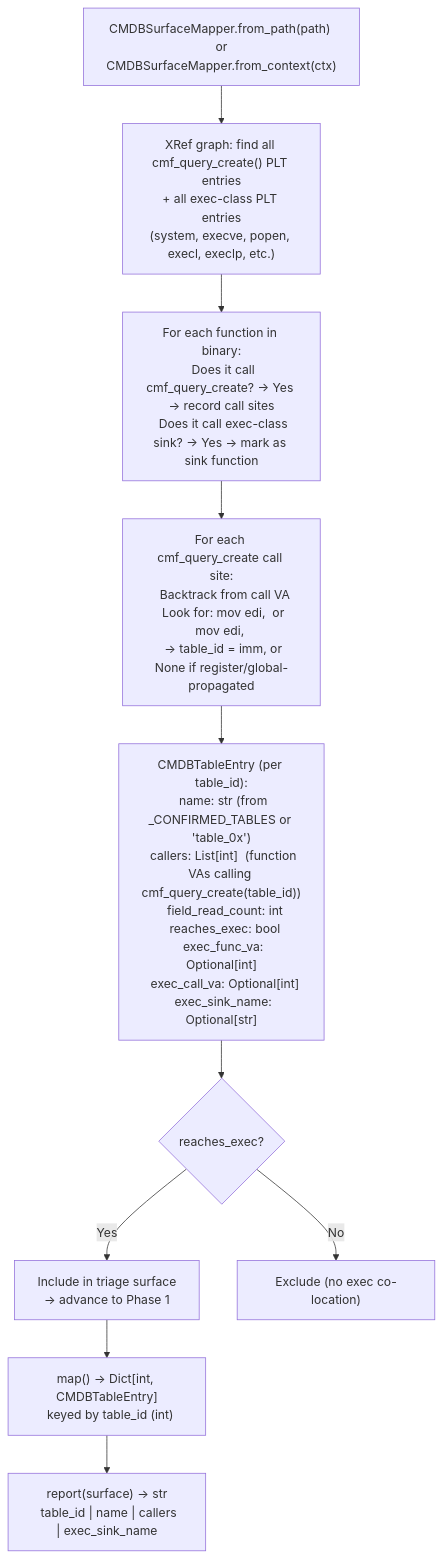
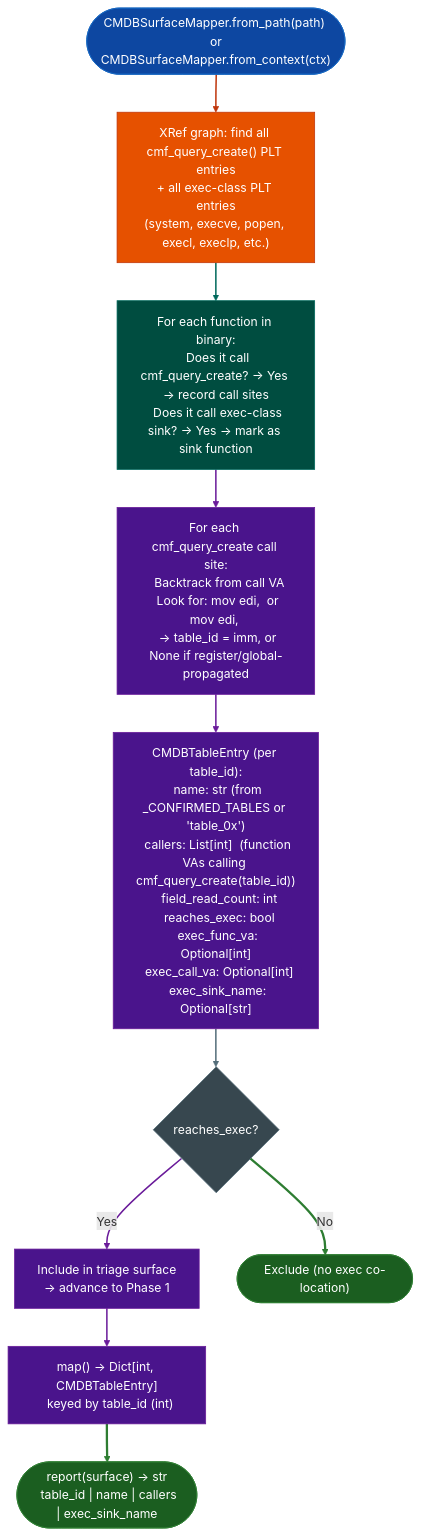
One commit to Ablation-Tool/ablation changed the diagram in docs/reference-modules/cmdb-to-sink-mapping.md. Above: the diagram before and after it, drawn with Mermaid. The commit also changed 320 other files, not shown here.

First line of the commit message:
docs: apply canonical Mermaid template to all 321 diagrams

````diff
--- a/docs/reference-modules/cmdb-to-sink-mapping.md
+++ b/docs/reference-modules/cmdb-to-sink-mapping.md
@@ -19,12 +19,27 @@
 ```mermaid
 flowchart TD
-    A["CMDBSurfaceMapper.from_path(path) or\nCMDBSurfaceMapper.from_context(ctx)"] --> B["XRef graph: find all cmf_query_create() PLT entries\n+ all exec-class PLT entries\n(system, execve, popen, execl, execlp, etc.)"]
-    B --> C["For each function in binary:\n  Does it call cmf_query_create? → Yes → record call sites\n  Does it call exec-class sink? → Yes → mark as sink function"]
-    C --> D["For each cmf_query_create call site:\n  Backtrack from call VA\n  Look for: mov edi, <imm> or mov edi, <const>\n  → table_id = imm, or None if register/global-propagated"]
-    D --> E["CMDBTableEntry (per table_id):\n  name: str (from _CONFIRMED_TABLES or 'table_0x<hex>')\n  callers: List[int]  (function VAs calling cmf_query_create(table_id))\n  field_read_count: int\n  reaches_exec: bool\n  exec_func_va: Optional[int]\n  exec_call_va: Optional[int]\n  exec_sink_name: Optional[str]"]
-    E --> F{"reaches_exec?"}
-    F -->|Yes| G["Include in triage surface\n→ advance to Phase 1"]
-    F -->|No| H["Exclude (no exec co-location)"]
-    G --> I["map() → Dict[int, CMDBTableEntry]\n  keyed by table_id (int)"]
-    I --> J["report(surface) → str\n  table_id | name | callers | exec_sink_name"]
+    A(["CMDBSurfaceMapper.from_path(path) or\nCMDBSurfaceMapper.from_context(ctx)"]):::input --> B["XRef graph: find all cmf_query_create() PLT entries\n+ all exec-class PLT entries\n(system, execve, popen, execl, execlp, etc.)"]:::primary
+    B:::primary --> C["For each function in binary:\n  Does it call cmf_query_create? → Yes → record call sites\n  Does it call exec-class sink? → Yes → mark as sink function"]:::secondary
+    C:::secondary --> D["For each cmf_query_create call site:\n  Backtrack from call VA\n  Look for: mov edi, <imm> or mov edi, <const>\n  → table_id = imm, or None if register/global-propagated"]:::tertiary
+    D:::tertiary --> E["CMDBTableEntry (per table_id):\n  name: str (from _CONFIRMED_TABLES or 'table_0x<hex>')\n  callers: List[int]  (function VAs calling cmf_query_create(table_id))\n  field_read_count: int\n  reaches_exec: bool\n  exec_func_va: Optional[int]\n  exec_call_va: Optional[int]\n  exec_sink_name: Optional[str]"]:::tertiary
+    E:::tertiary --> F{"reaches_exec?"}:::neutral
+    F:::neutral -->|Yes| G["Include in triage surface\n→ advance to Phase 1"]:::tertiary
+    F:::neutral -->|No| H(["Exclude (no exec co-location)"]):::output
+    G:::tertiary --> I["map() → Dict[int, CMDBTableEntry]\n  keyed by table_id (int)"]:::tertiary
+    I:::tertiary --> J(["report(surface) → str\n  table_id | name | callers | exec_sink_name"]):::output
+    classDef input     fill:#0d47a1,stroke:#1565c0,color:#fff
+    classDef primary   fill:#e65100,stroke:#bf360c,color:#fff
+    classDef secondary fill:#004d40,stroke:#00695c,color:#fff
+    classDef tertiary  fill:#4a148c,stroke:#6a1b9a,color:#fff
+    classDef neutral   fill:#37474f,stroke:#546e7a,color:#fff
+    classDef output    fill:#1b5e20,stroke:#2e7d32,color:#fff
+    linkStyle 0 stroke:#bf360c,stroke-width:2px
+    linkStyle 1 stroke:#00695c,stroke-width:2px
+    linkStyle 2 stroke:#6a1b9a,stroke-width:2px
+    linkStyle 3 stroke:#6a1b9a,stroke-width:2px
+    linkStyle 4 stroke:#546e7a,stroke-width:2px
+    linkStyle 5 stroke:#6a1b9a,stroke-width:2px
+    linkStyle 6 stroke:#2e7d32,stroke-width:3px
+    linkStyle 7 stroke:#6a1b9a,stroke-width:2px
+    linkStyle 8 stroke:#2e7d32,stroke-width:3px
 ```
````
